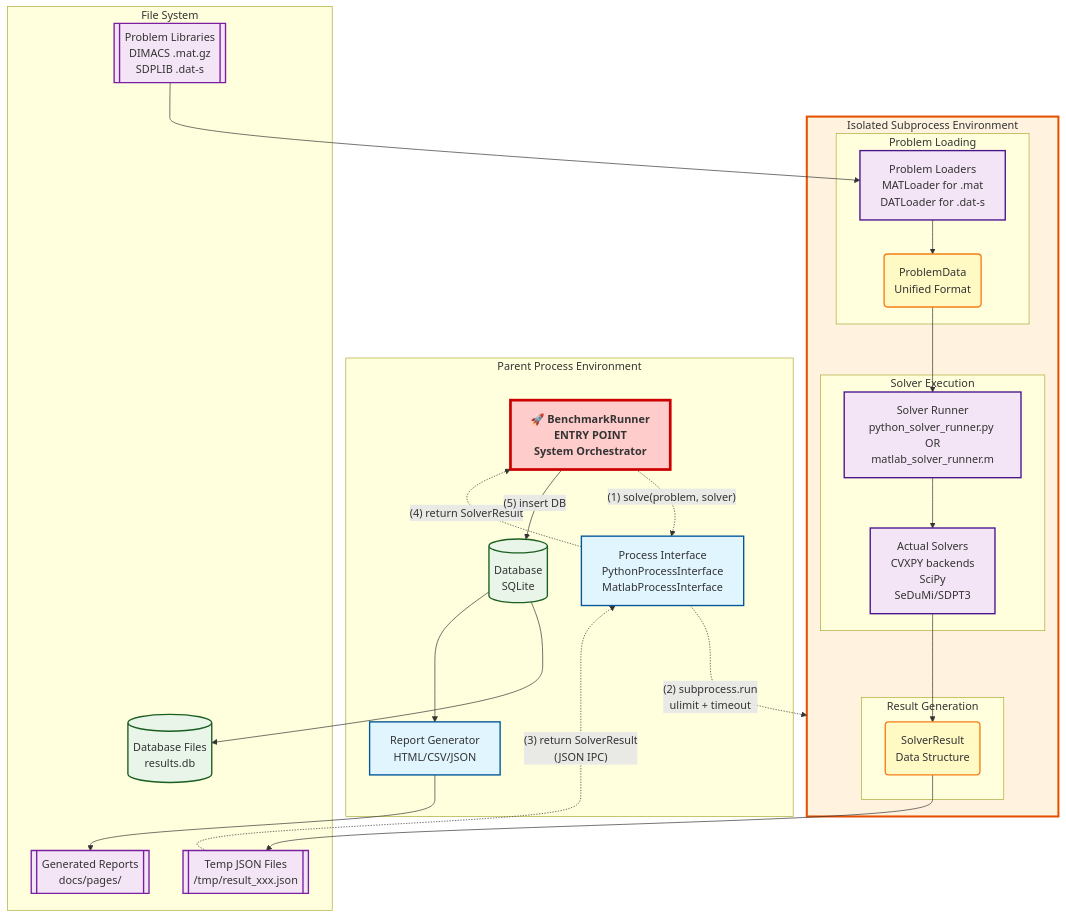
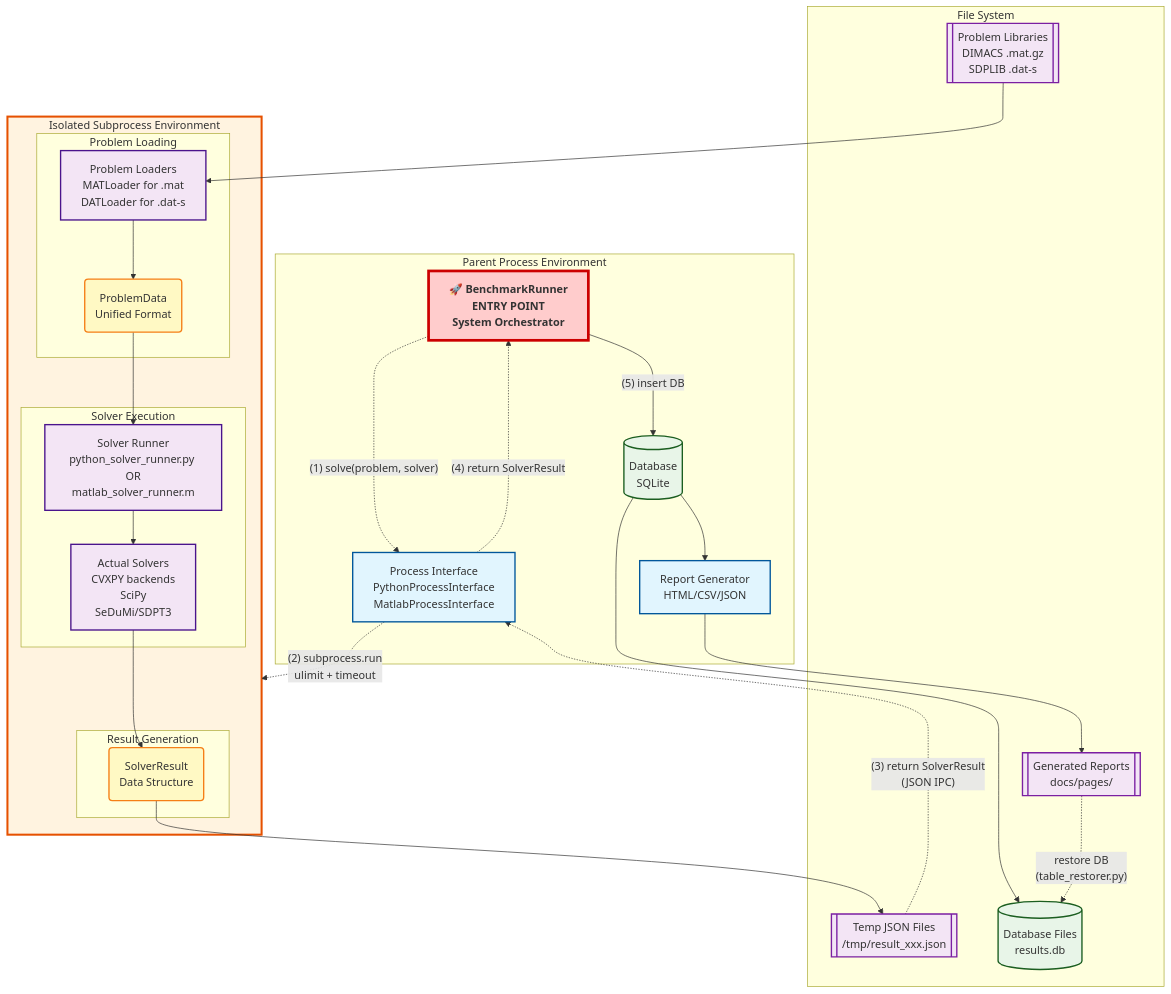
The diagram in docs/development/detail_design.md (napinoco/optimization-solver-benchmark), drawn with Mermaid before and after one commit. The commit also changed 4 other files, not shown here.

````diff
--- a/docs/development/detail_design.md
+++ b/docs/development/detail_design.md
@@ -106,70 +106,71 @@
 ```mermaid
 graph TB
     %% Parent Process Components
     subgraph "Parent Process Environment"
         BR["🚀 BenchmarkRunner<br/>ENTRY POINT<br/>System Orchestrator"]
         PI["Process Interface<br/>PythonProcessInterface<br/>MatlabProcessInterface"]
         DB[("Database<br/>SQLite")]
         RPT["Report Generator<br/>HTML/CSV/JSON"]
     end
     
     %% Isolated Subprocess
     subgraph SUB ["Isolated Subprocess Environment"]
         subgraph "Problem Loading"
             PL["Problem Loaders<br/>MATLoader for .mat<br/>DATLoader for .dat-s"]
             PD("ProblemData<br/>Unified Format")
         end
         
         subgraph "Solver Execution"
             SR["Solver Runner<br/>python_solver_runner.py OR<br/>matlab_solver_runner.m"]
             SOL["Actual Solvers<br/>CVXPY backends<br/>SciPy<br/>SeDuMi/SDPT3"]
         end
         
         subgraph "Result Generation"
             RES("SolverResult<br/>Data Structure")
         end
     end
     
     %% File System Storage
     subgraph "File System"
         PF[["Problem Libraries<br/>DIMACS .mat.gz<br/>SDPLIB .dat-s"]]
         TJ[["Temp JSON Files<br/>/tmp/result_xxx.json"]]
         DBF[("Database Files<br/>results.db")]
         HTML[["Generated Reports<br/>docs/pages/"]]
     end
     
     %% Sequential Execution Flow with Numbers
     BR -.->|"(1) solve(problem, solver)"| PI
     PI -.->|"(2) subprocess.run<br/>ulimit + timeout"| SUB
     
     PF --> PL
     PL --> PD
     PD --> SR
     SR --> SOL
     SOL --> RES
     RES --> TJ
     
     TJ -.->|"(3) return SolverResult<br/>(JSON IPC)"| PI
     PI -.->|"(4) return SolverResult"| BR
     BR -->|"(5) insert DB"| DB
     DB --> DBF
     DB --> RPT
     RPT --> HTML
+    HTML -.->|"restore DB<br/>(table_restorer.py)"| DBF
     
     %% Styling
     classDef entryPoint fill:#ffcccc,stroke:#cc0000,stroke-width:4px,font-weight:bold
     classDef processBox fill:#e1f5fe,stroke:#01579b,stroke-width:2px
     classDef subprocessBox fill:#f3e5f5,stroke:#4a148c,stroke-width:2px
     classDef internalDataBox fill:#fff9c4,stroke:#f57f17,stroke-width:2px
     classDef databaseBox fill:#e8f5e8,stroke:#1b5e20,stroke-width:2px
     classDef fileBox fill:#f3e5f5,stroke:#7b1fa2,stroke-width:2px
     classDef isolationBox fill:#fff3e0,stroke:#e65100,stroke-width:3px
     
     class BR entryPoint
     class PI,RPT processBox
     class PL,SR,SOL subprocessBox
     class PD,RES internalDataBox
     class DB,DBF databaseBox
     class PF,TJ,HTML fileBox
     class SUB isolationBox
 ```
````
